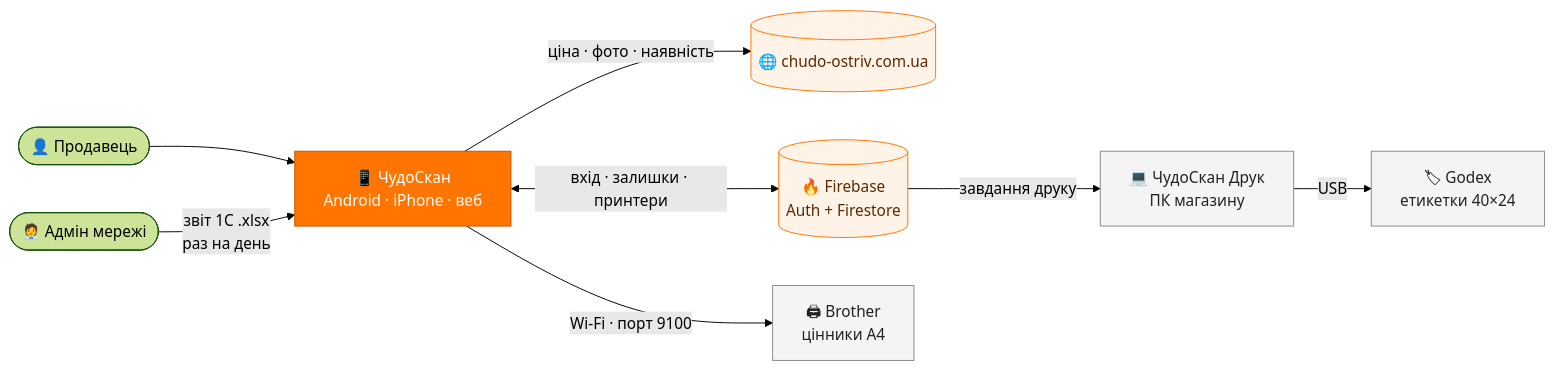
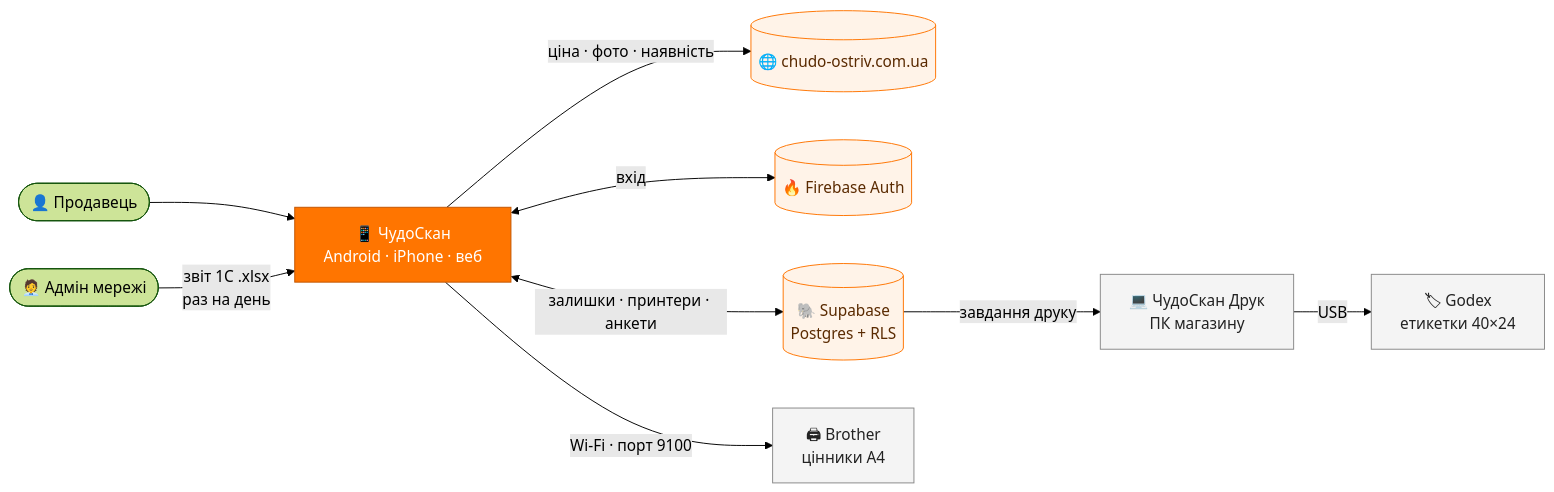
The first of 6 diagrams in README.md (Nikifor3663636/chudoskan), drawn with Mermaid (forest theme) before and after one commit. The commit also changed other lines of this file and 2 other files, not shown here.

Commit message:
Документація: Supabase, перемикач BACKEND, права й ключі (етап 8)

````diff
--- a/README.md
+++ b/README.md
@@ -70,18 +70,19 @@
 ```mermaid
 flowchart LR
     seller(["👤 Продавець"]) --> app["📱 ЧудоСкан<br/>Android · iPhone · веб"]
     admin(["🧑‍💼 Адмін мережі"]) -->|"звіт 1С .xlsx<br/>раз на день"| app
 
     app -->|"ціна · фото · наявність"| site[("🌐 chudo-ostriv.com.ua")]
-    app <-->|"вхід · залишки · принтери"| fb[("🔥 Firebase<br/>Auth + Firestore")]
+    app <-->|"вхід"| fb[("🔥 Firebase Auth")]
+    app <-->|"залишки · принтери · анкети"| sb[("🐘 Supabase<br/>Postgres + RLS")]
     app -->|"Wi-Fi · порт 9100"| brother["🖨 Brother<br/>цінники A4"]
-    fb -->|"завдання друку"| pc["💻 ЧудоСкан Друк<br/>ПК магазину"]
+    sb -->|"завдання друку"| pc["💻 ЧудоСкан Друк<br/>ПК магазину"]
     pc -->|USB| godex["🏷 Godex<br/>етикетки 40×24"]
 
     classDef brand fill:#FF7500,stroke:#C25500,color:#fff;
     classDef store fill:#FFF3E8,stroke:#FF7500,color:#5A2A00;
     classDef dev fill:#F4F4F4,stroke:#888,color:#222;
     class app brand;
-    class site,fb store;
+    class site,fb,sb store;
     class brother,godex,pc dev;
 ```
````
